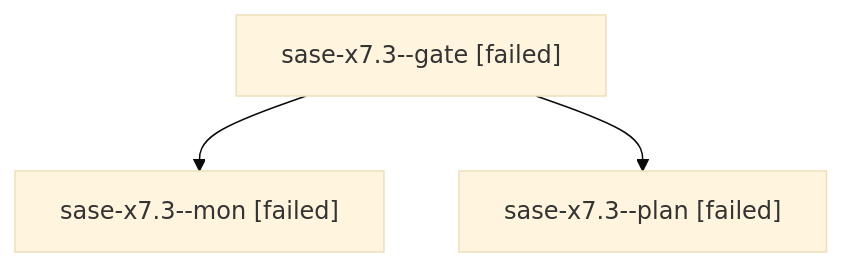
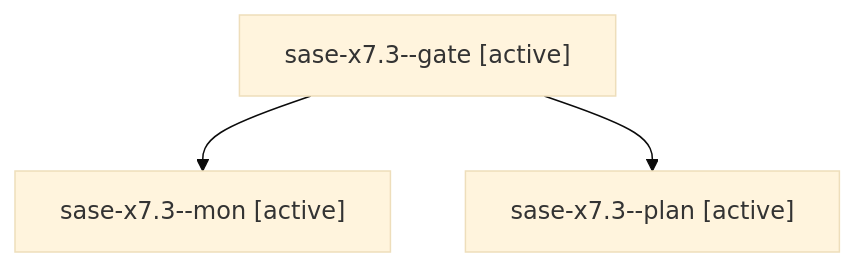
The diagram in families/bbugyi200.athena.sase-x7.3.md (sase-org/sase--agents), drawn with Mermaid (base theme) before and after one commit. The commit also changed other lines of this file and 35830 other files, not shown here.

````diff
--- a/families/bbugyi200.athena.sase-x7.3.md
+++ b/families/bbugyi200.athena.sase-x7.3.md
@@ -9,8 +9,8 @@
 ```mermaid
 flowchart TD
-  n0["sase-x7.3--gate [failed]"]
-  n1["sase-x7.3--mon [failed]"]
+  n0["sase-x7.3--gate [active]"]
+  n1["sase-x7.3--mon [active]"]
   n0 --> n1
-  n2["sase-x7.3--plan [failed]"]
+  n2["sase-x7.3--plan [active]"]
   n0 --> n2
 ```
````
